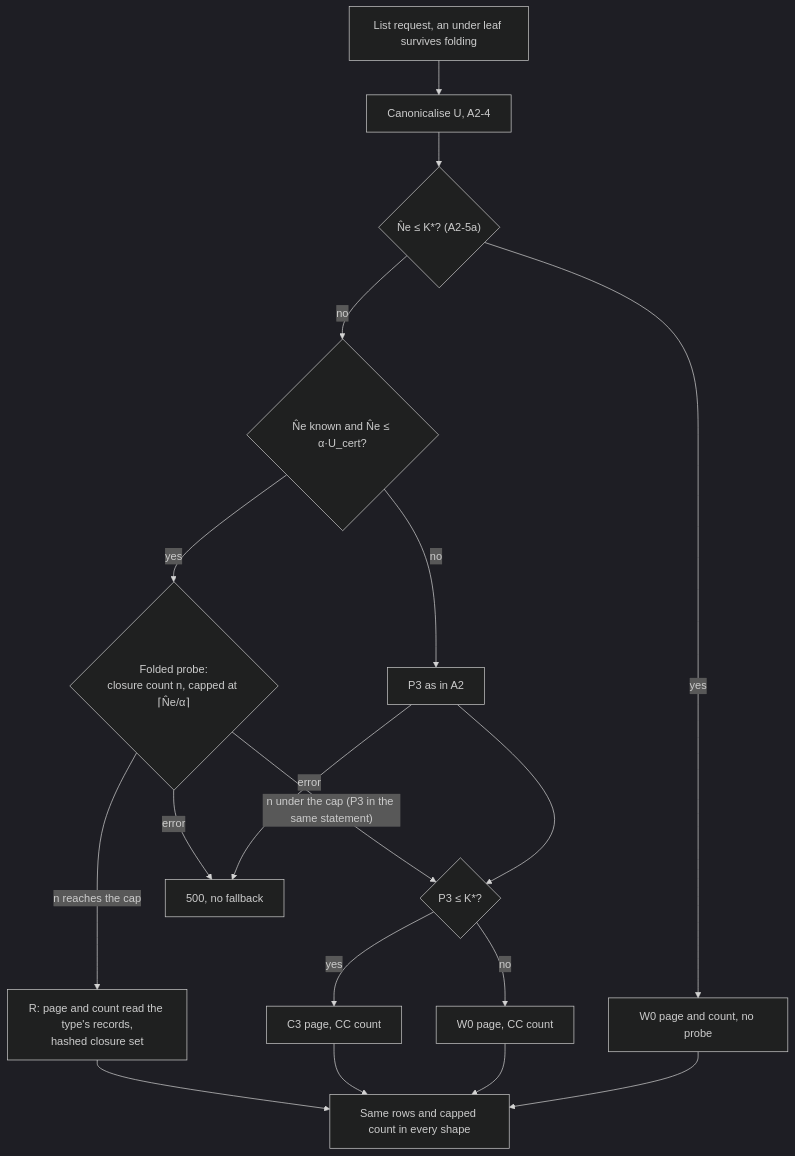
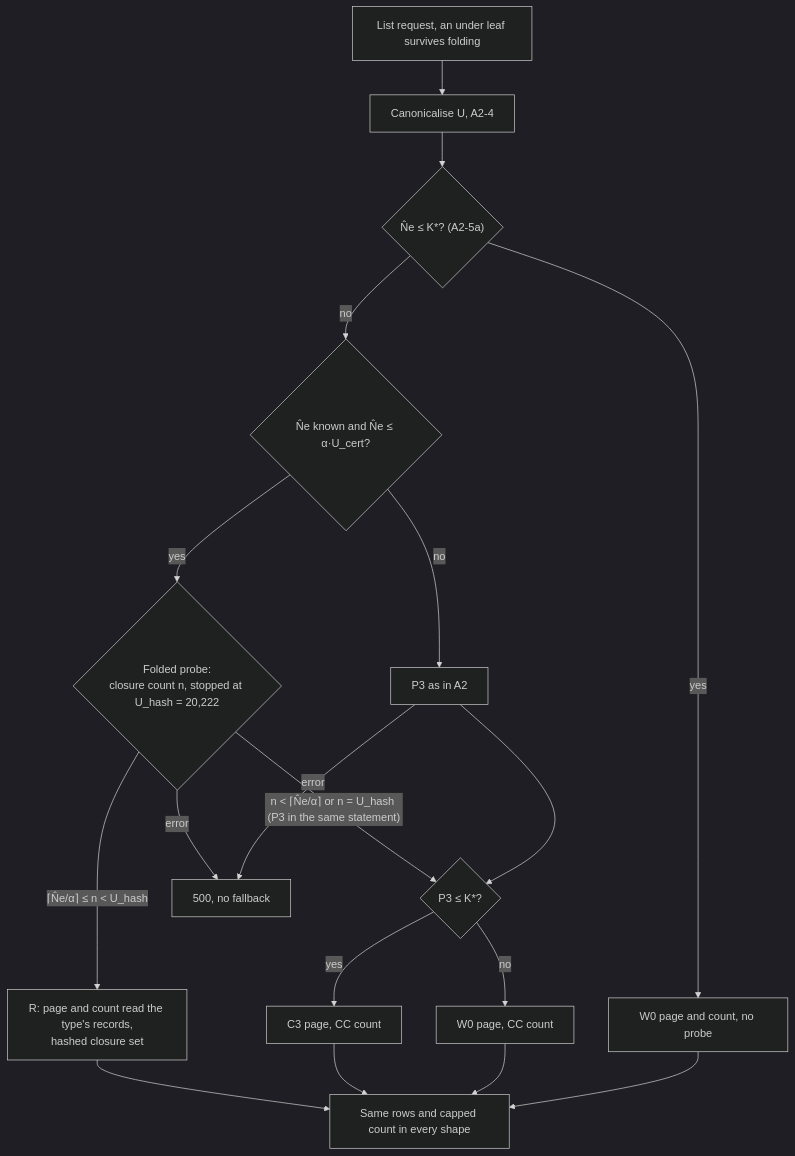
The diagram in docs/adr/ADR-010-A3-records-driven-region-shape.md (Navaladi2019/TicketingSystem), drawn with Mermaid (dark theme) before and after one commit. The commit also changed other lines of this file and 167 other files, not shown here.

First line of the commit message:
ADR-010-A3 rev 1: bound R by U_hash, Security sentence, handbook page

````diff
--- a/docs/adr/ADR-010-A3-records-driven-region-shape.md
+++ b/docs/adr/ADR-010-A3-records-driven-region-shape.md
@@ -47,20 +63,20 @@
 ```mermaid
 flowchart TD
   L[List request, an under leaf survives folding] --> CU[Canonicalise U, A2-4]
   CU --> RA{"N̂e ≤ K*? (A2-5a)"}
   RA -- yes --> W0R["W0 page and count, no probe"]
   RA -- no --> KN{"N̂e known and N̂e ≤ α·U_cert?"}
   KN -- no --> P3["P3 as in A2"]
-  KN -- yes --> FP{"Folded probe:<br/>closure count n, capped at ⌈N̂e/α⌉"}
-  FP -- "n reaches the cap" --> R["R: page and count read the type's records,<br/>hashed closure set"]
-  FP -- "n under the cap (P3 in the same statement)" --> SW{"P3 ≤ K*?"}
+  KN -- yes --> FP{"Folded probe:<br/>closure count n, stopped at U_hash = 20,222"}
+  FP -- "⌈N̂e/α⌉ ≤ n < U_hash" --> R["R: page and count read the type's records,<br/>hashed closure set"]
+  FP -- "n < ⌈N̂e/α⌉ or n = U_hash (P3 in the same statement)" --> SW{"P3 ≤ K*?"}
   P3 --> SW
   SW -- yes --> C3["C3 page, CC count"]
   SW -- no --> W0["W0 page, CC count"]
   FP -- error --> E[500, no fallback]
   P3 -- error --> E
   R --> SAME[Same rows and capped count in every shape]
   C3 --> SAME
   W0 --> SAME
   W0R --> SAME
 ```
````
